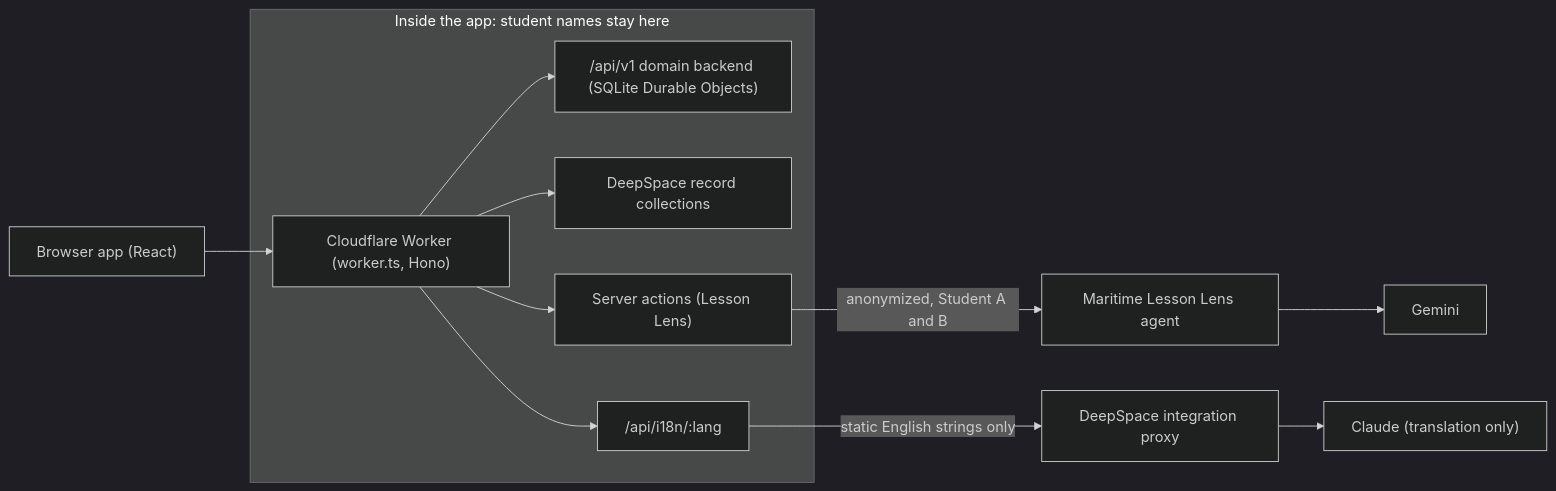
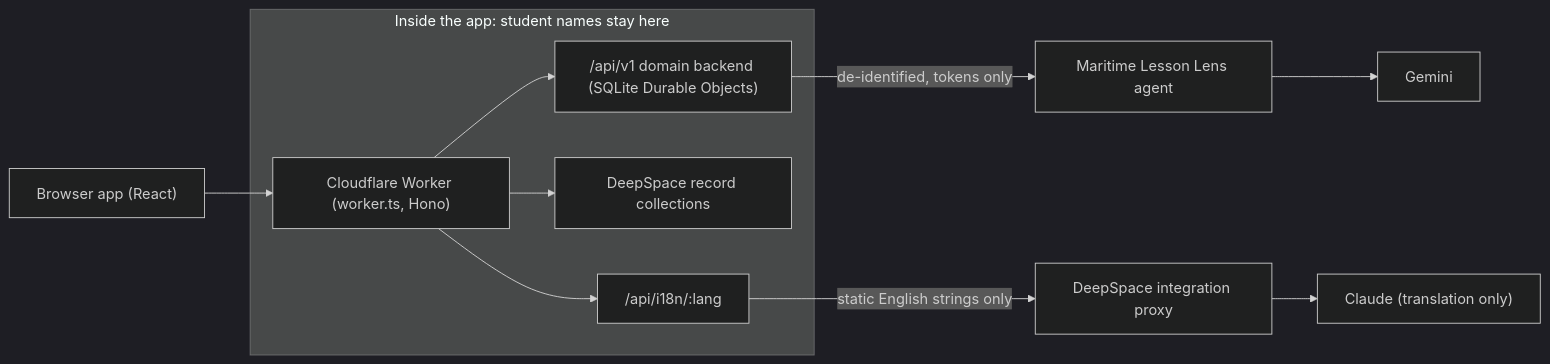
Before and after one commit to vvictort/hackcamp-2026: the second of 4 diagrams in README.md, drawn with Mermaid (dark theme). The commit also changed other lines of this file and 26 other files, not shown here.

First line of the commit message:
lesson lens: route the live /api/v1 flow through the Maritime agent; remove the dead src/actions pipeline

````diff
--- a/README.md
+++ b/README.md
@@ -104,14 +104,13 @@
 ```mermaid
 flowchart LR
   B["Browser app (React)"] --> W["Cloudflare Worker (worker.ts, Hono)"]
   subgraph APP["Inside the app: student names stay here"]
     W --> V1["/api/v1 domain backend (SQLite Durable Objects)"]
     W --> REC["DeepSpace record collections"]
-    W --> ACT["Server actions (Lesson Lens)"]
     W --> I18N["/api/i18n/:lang"]
   end
-  ACT -->|"anonymized, Student A and B"| M["Maritime Lesson Lens agent"]
+  V1 -->|"de-identified, tokens only"| M["Maritime Lesson Lens agent"]
   M --> G["Gemini"]
   I18N -->|"static English strings only"| P["DeepSpace integration proxy"]
   P --> C["Claude (translation only)"]
 ```
````
